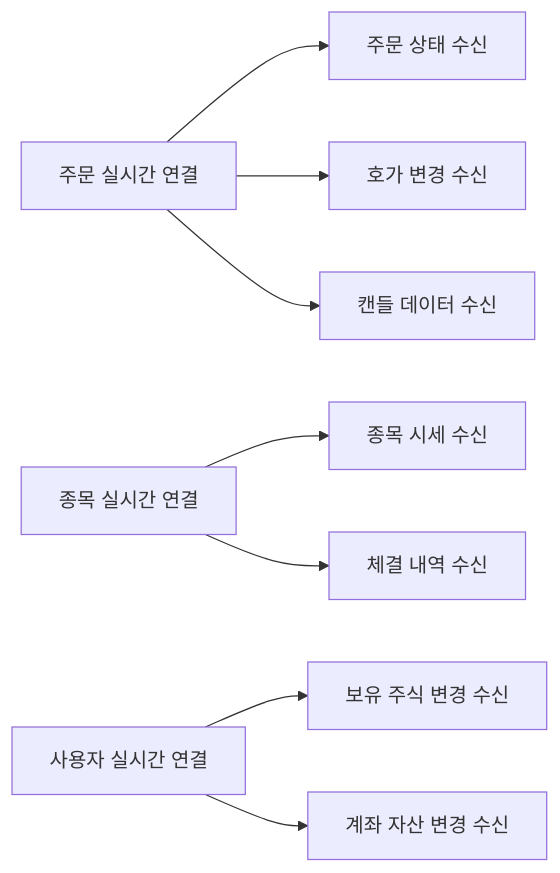
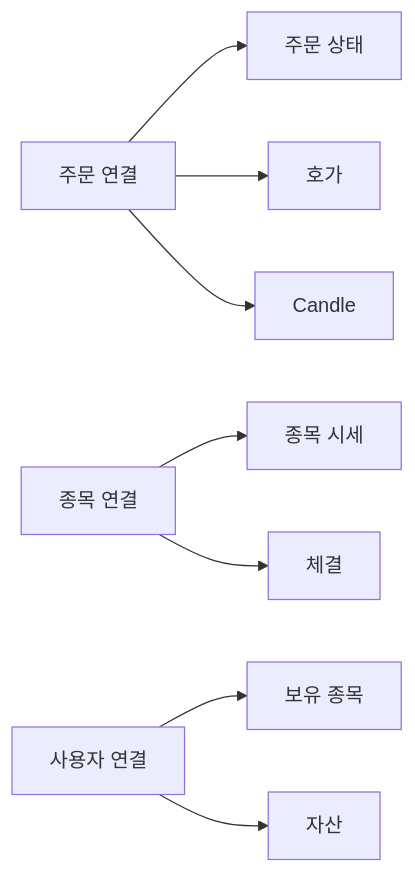
One commit to poi277/StockProject changed the second of 2 diagrams in StockFrontEnd/docs/09-websocket.md. Above: the diagram before and after it, drawn with Mermaid. The commit also changed other lines of this file and 49 other files, not shown here.

````diff
--- a/StockFrontEnd/docs/09-websocket.md
+++ b/StockFrontEnd/docs/09-websocket.md
@@ -142,10 +183,10 @@
 ```mermaid
 flowchart LR
-  OrderWS["주문 실시간 연결"] --> Orders["주문 상태 수신"]
-  OrderWS --> Hoga["호가 변경 수신"]
-  OrderWS --> Candle["캔들 데이터 수신"]
-  StockWS["종목 실시간 연결"] --> StockTopic["종목 시세 수신"]
-  StockWS --> Execution["체결 내역 수신"]
-  UserWS["사용자 실시간 연결"] --> HaveStock["보유 주식 변경 수신"]
-  UserWS --> Asset["계좌 자산 변경 수신"]
+  OrderWS["주문 연결"] --> Orders["주문 상태"]
+  OrderWS --> Hoga["호가"]
+  OrderWS --> Candle["Candle"]
+  StockWS["종목 연결"] --> Stock["종목 시세"]
+  StockWS --> Execution["체결"]
+  UserWS["사용자 연결"] --> HaveStock["보유 종목"]
+  UserWS --> Asset["자산"]
 ```
````
